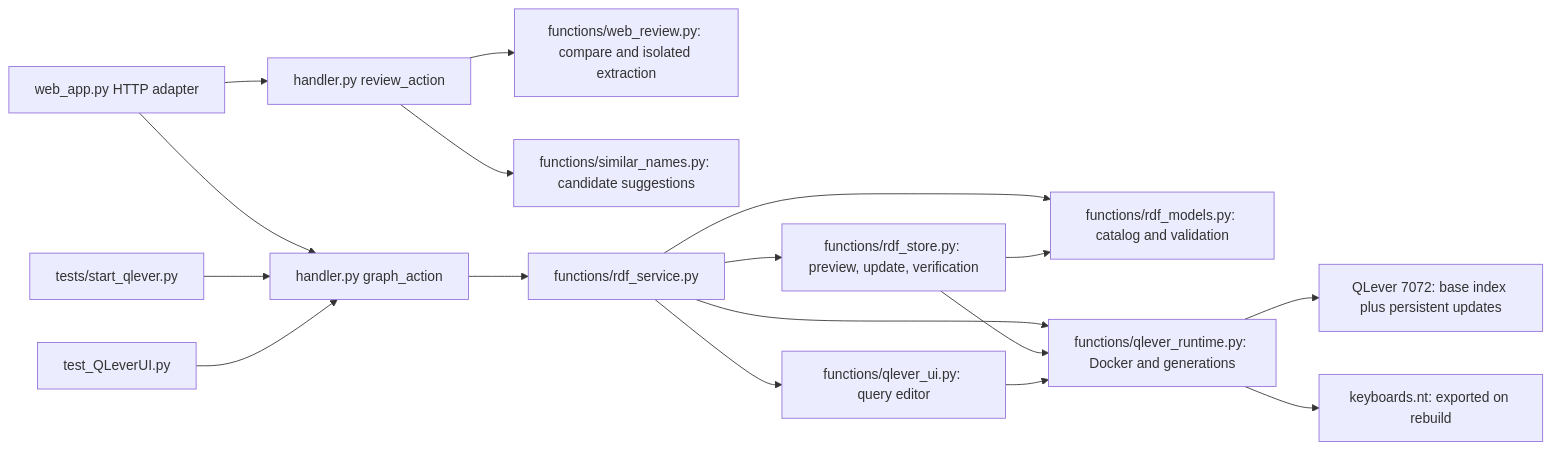
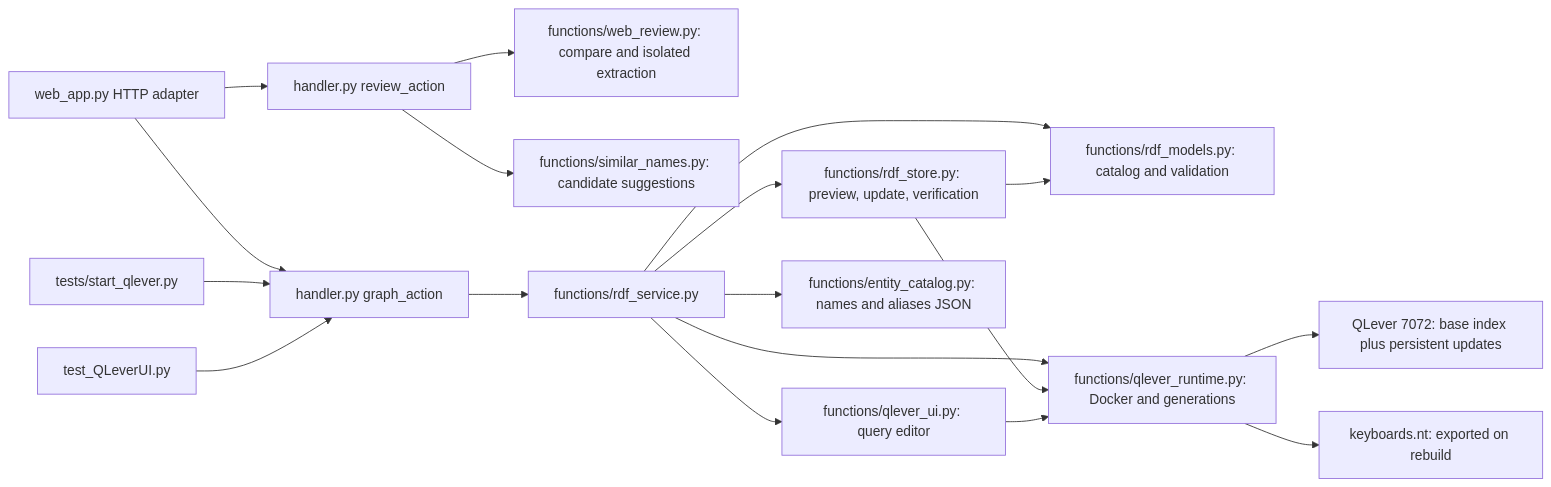
One commit to hawks23/anywikia changed the second of 3 diagrams in workflow.md. Above: the diagram before and after it, drawn with Mermaid. The commit also changed other lines of this file and 5 other files, not shown here.

First line of the commit message:
Update entity creation diagrams and final run instructions

````diff
--- a/workflow.md
+++ b/workflow.md
@@ -42,19 +50,20 @@
 ```mermaid
 flowchart LR
     WEB[web_app.py HTTP adapter] --> HANDLER[handler.py graph_action]
     WEB --> REVIEW[handler.py review_action]
     REVIEW --> READ[functions/web_review.py: compare and isolated extraction]
     REVIEW --> SUGGEST[functions/similar_names.py: candidate suggestions]
     SETUP[tests/start_qlever.py] --> HANDLER
     UI[test_QLeverUI.py] --> HANDLER
     HANDLER --> SERVICE[functions/rdf_service.py]
     SERVICE --> MODEL[functions/rdf_models.py: catalog and validation]
     SERVICE --> STORE[functions/rdf_store.py: preview, update, verification]
     SERVICE --> RUNTIME[functions/qlever_runtime.py: Docker and generations]
     SERVICE --> QUERYUI[functions/qlever_ui.py: query editor]
+    SERVICE --> CATALOG[functions/entity_catalog.py: names and aliases JSON]
     STORE --> MODEL
     STORE --> RUNTIME
     QUERYUI --> RUNTIME
     RUNTIME --> GRAPH[QLever 7072: base index plus persistent updates]
     RUNTIME --> FILE[keyboards.nt: exported on rebuild]
 ```
````
